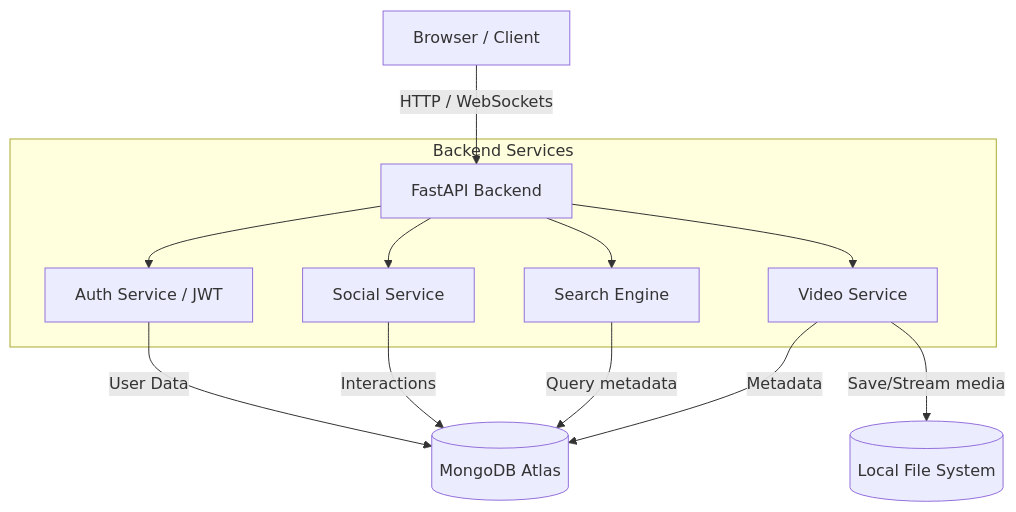
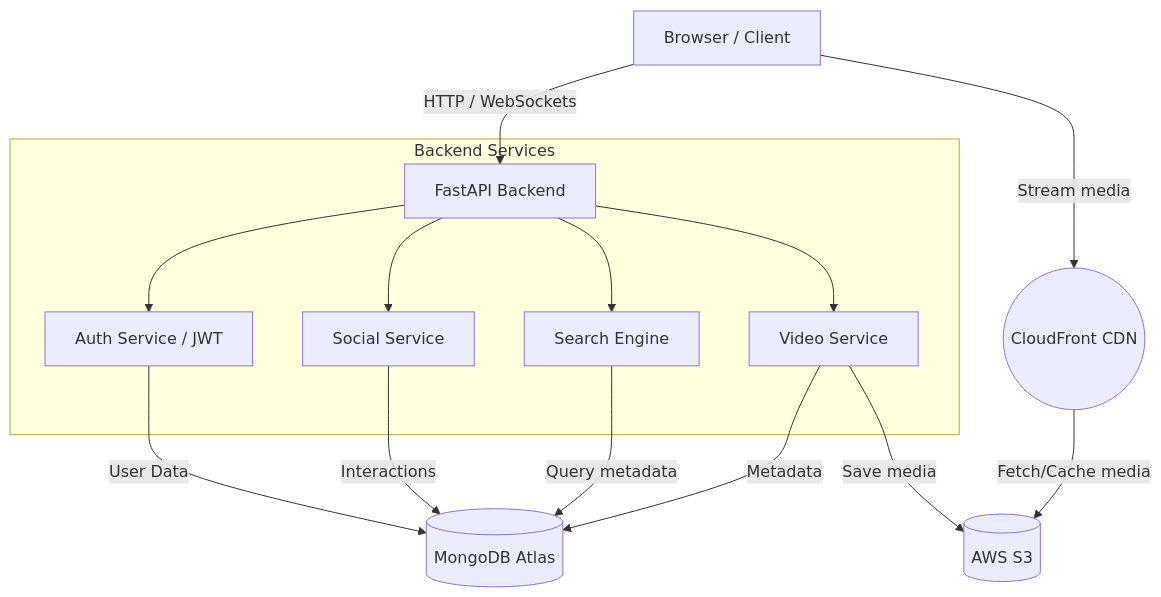
One commit to sujalwarke28/systemDesign_VideoStreaming changed the diagram in prepdoc/Architecture.md. Above: the diagram before and after it, drawn with Mermaid. The commit also changed other lines of this file and 34 other files, not shown here.

Commit message:
docs: update architecture documentation to reflect AWS S3 and CloudFront integration

````diff
--- a/prepdoc/Architecture.md
+++ b/prepdoc/Architecture.md
@@ -14,17 +14,19 @@
 ```mermaid
 graph TD
     Client[Browser / Client] -->|HTTP / WebSockets| Server[FastAPI Backend]
     
     subgraph Backend Services
         Server --> Auth[Auth Service / JWT]
         Server --> Video[Video Service]
         Server --> Social[Social Service]
         Server --> Search[Search Engine]
     end
     
-    Video -->|Save/Stream media| LocalStorage[(Local File System)]
+    Video -->|Save media| S3[(AWS S3)]
+    CloudFront((CloudFront CDN)) -->|Fetch/Cache media| S3
+    Client -->|Stream media| CloudFront
     Auth -->|User Data| DB[(MongoDB Atlas)]
     Social -->|Interactions| DB
     Search -->|Query metadata| DB
     Video -->|Metadata| DB
 ```
````
